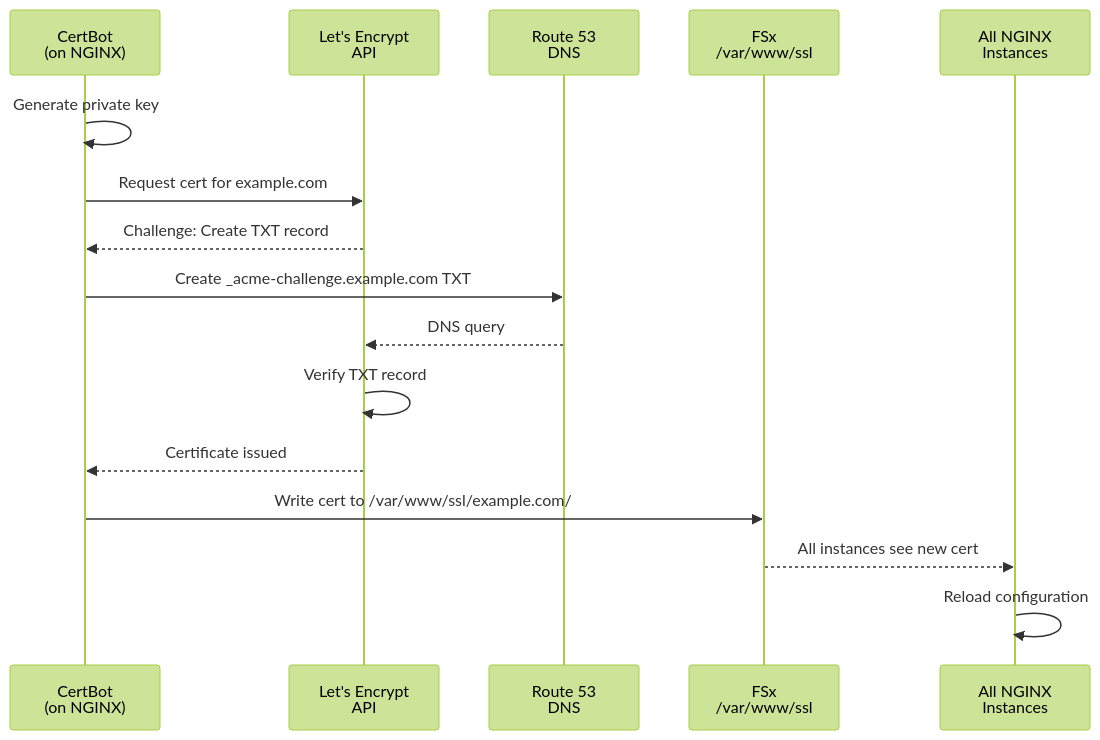
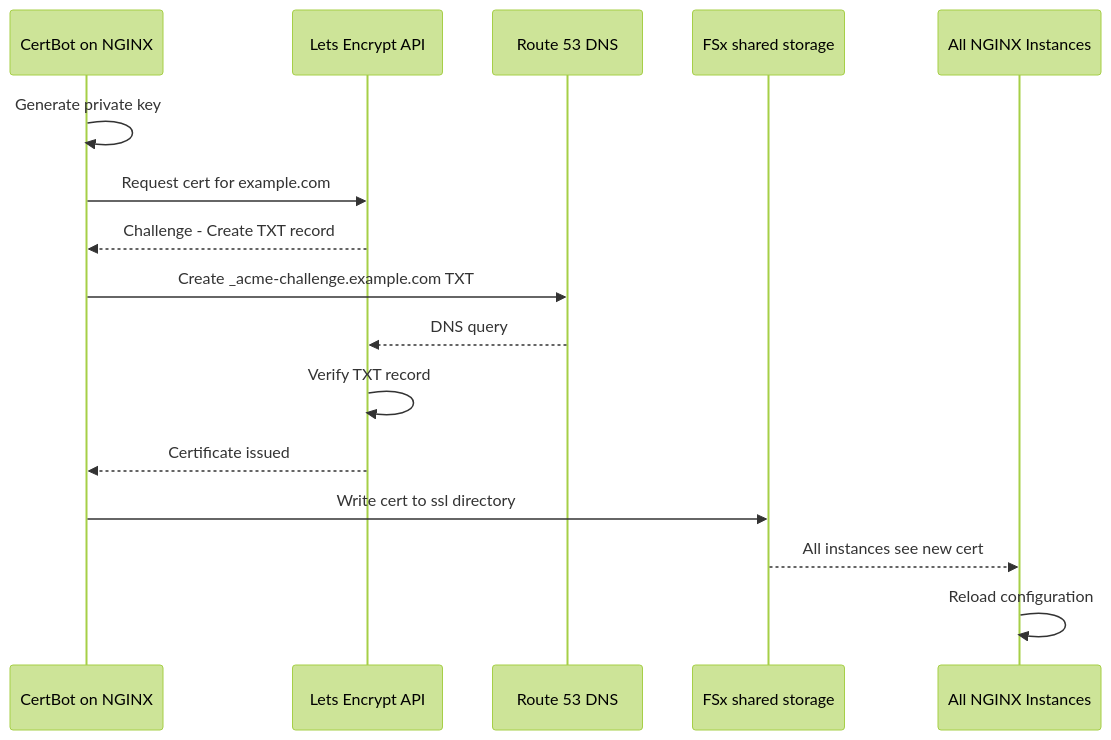
The tenth of 16 diagrams in docs/ARCHITECTURE.md (worx/cf-scalable-web), drawn with Mermaid (forest theme) before and after one commit. The commit also changed other lines of this file and 10 other files, not shown here.

````diff
--- a/docs/ARCHITECTURE.md
+++ b/docs/ARCHITECTURE.md
@@ -399,19 +420,19 @@
 ```mermaid
 sequenceDiagram
-    participant CertBot as CertBot<br/>(on NGINX)
-    participant LE as Let's Encrypt<br/>API
-    participant R53 as Route 53<br/>DNS
-    participant FSx as FSx<br/>/var/www/ssl
-    participant NGINX as All NGINX<br/>Instances
+    participant CertBot as CertBot on NGINX
+    participant LE as Lets Encrypt API
+    participant R53 as Route 53 DNS
+    participant FSx as FSx shared storage
+    participant NGINX as All NGINX Instances
 
     CertBot->>CertBot: Generate private key
     CertBot->>LE: Request cert for example.com
-    LE-->>CertBot: Challenge: Create TXT record
+    LE-->>CertBot: Challenge - Create TXT record
     CertBot->>R53: Create _acme-challenge.example.com TXT
     R53-->>LE: DNS query
     LE->>LE: Verify TXT record
     LE-->>CertBot: Certificate issued
-    CertBot->>FSx: Write cert to /var/www/ssl/example.com/
+    CertBot->>FSx: Write cert to ssl directory
     FSx-->>NGINX: All instances see new cert
     NGINX->>NGINX: Reload configuration
 ```
````
